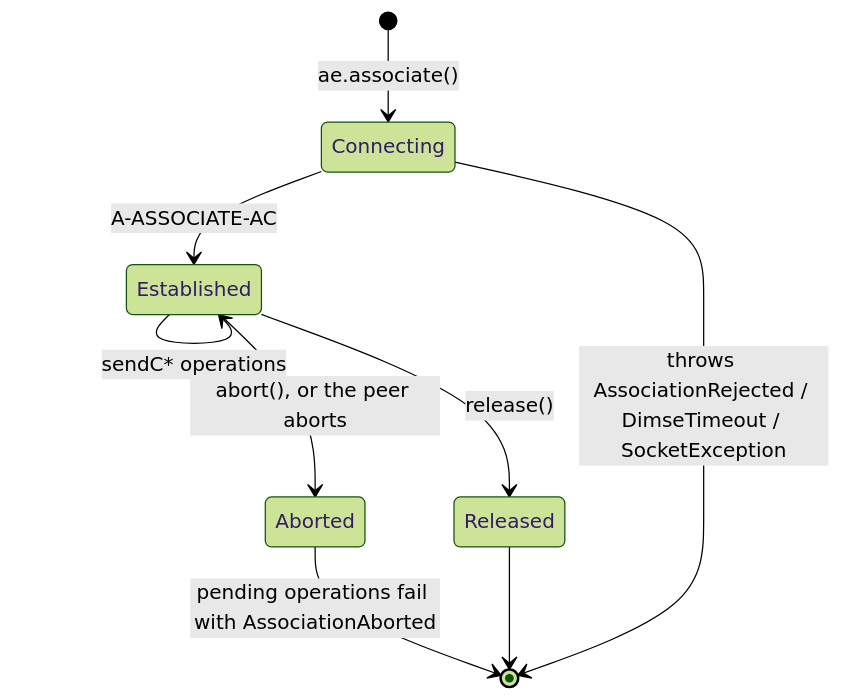
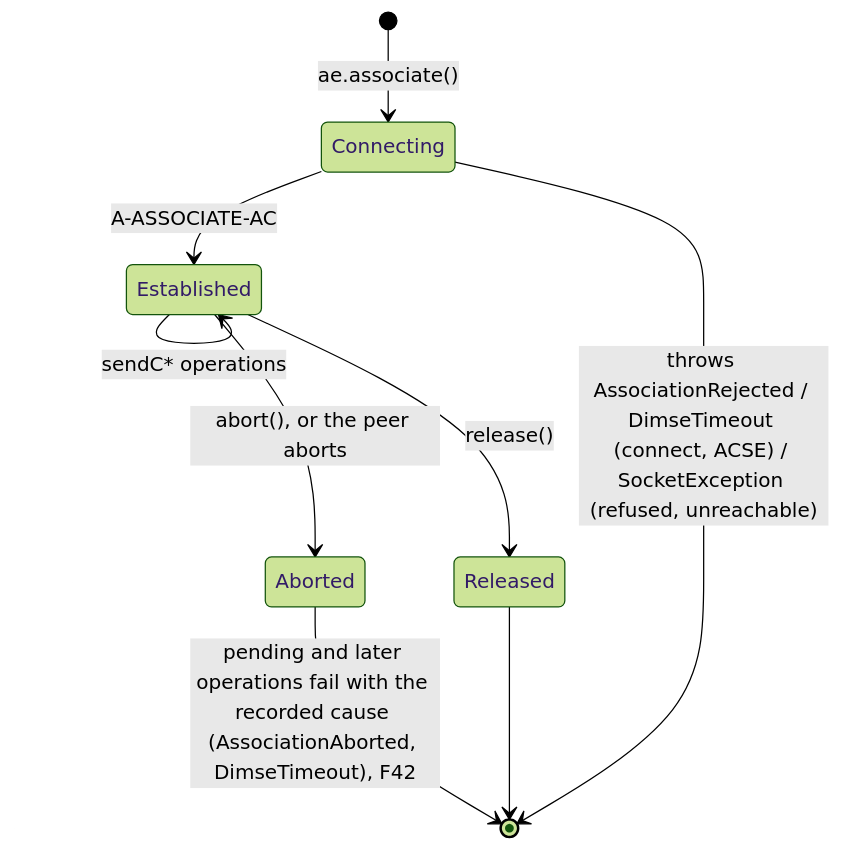
Before and after one commit to Lightbridge-KS/dartdicom: the third of 3 diagrams in docs/design/03-surface-architecture.md, drawn with Mermaid (forest theme). The commit also changed other lines of this file and 3 other files, not shown here.

````diff
--- a/docs/design/03-surface-architecture.md
+++ b/docs/design/03-surface-architecture.md
@@ -249,11 +250,11 @@
 ```mermaid
 stateDiagram-v2
     [*] --> Connecting: ae.associate()
     Connecting --> Established: A-ASSOCIATE-AC
-    Connecting --> [*]: throws AssociationRejected / DimseTimeout / SocketException
+    Connecting --> [*]: throws AssociationRejected / DimseTimeout (connect, ACSE) / SocketException (refused, unreachable)
     Established --> Established: sendC* operations
     Established --> Released: release()
     Established --> Aborted: abort(), or the peer aborts
     Released --> [*]
-    Aborted --> [*]: pending operations fail with AssociationAborted
+    Aborted --> [*]: pending and later operations fail with the recorded cause (AssociationAborted, DimseTimeout), F42
 ```
````
